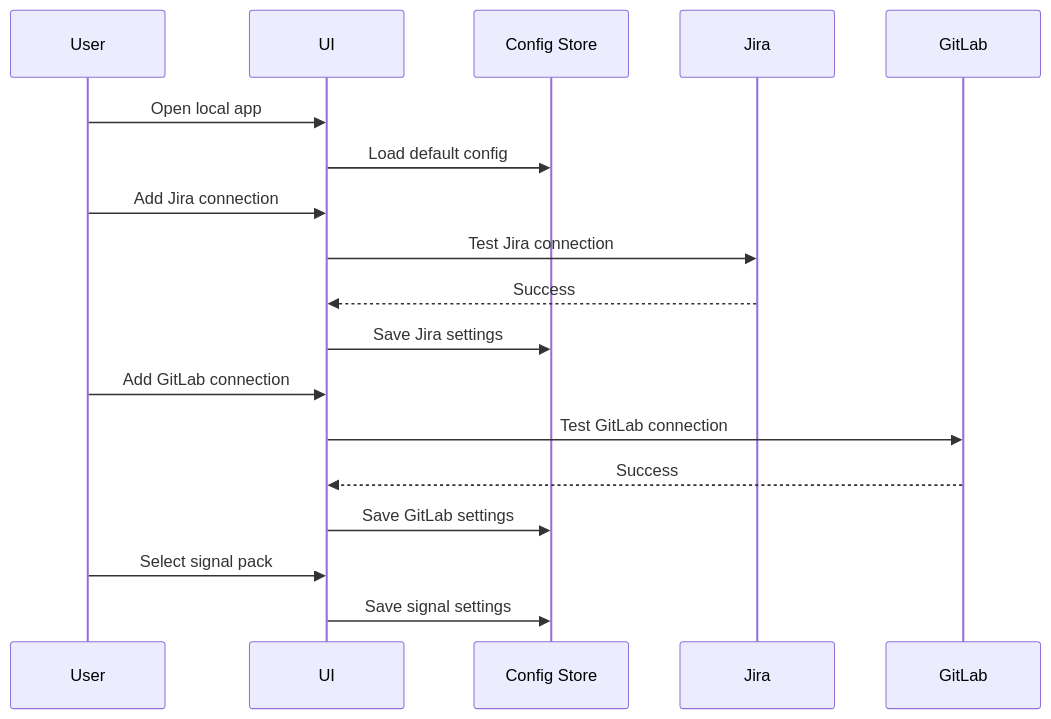
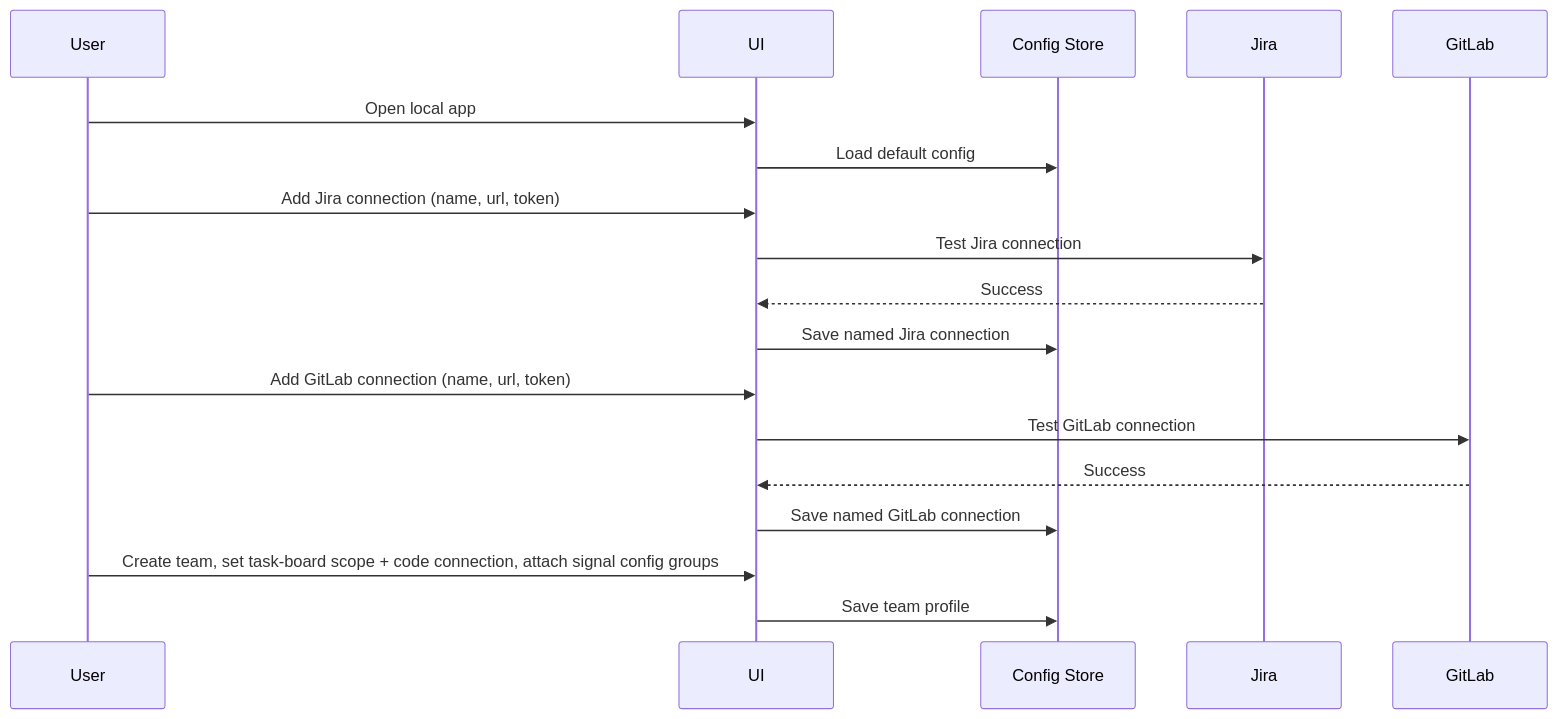
The sixth of 7 diagrams in docs/03-architecture-overview.md (serdartas/em-radar), drawn with Mermaid before and after one commit. The commit also changed other lines of this file and 143 other files, not shown here.

First line of the commit message:
M3.4 - Connection & Team Source Model (#164)

````diff
--- a/docs/03-architecture-overview.md
+++ b/docs/03-architecture-overview.md
@@ -972,21 +985,21 @@
 ```mermaid
 sequenceDiagram
     participant User
     participant UI
     participant Config as Config Store
     participant Jira
     participant GitLab
 
     User->>UI: Open local app
     UI->>Config: Load default config
-    User->>UI: Add Jira connection
+    User->>UI: Add Jira connection (name, url, token)
     UI->>Jira: Test Jira connection
     Jira-->>UI: Success
-    UI->>Config: Save Jira settings
-    User->>UI: Add GitLab connection
+    UI->>Config: Save named Jira connection
+    User->>UI: Add GitLab connection (name, url, token)
     UI->>GitLab: Test GitLab connection
     GitLab-->>UI: Success
-    UI->>Config: Save GitLab settings
-    User->>UI: Select signal pack
-    UI->>Config: Save signal settings
+    UI->>Config: Save named GitLab connection
+    User->>UI: Create team, set task-board scope + code connection, attach signal config groups
+    UI->>Config: Save team profile
 ```
````
